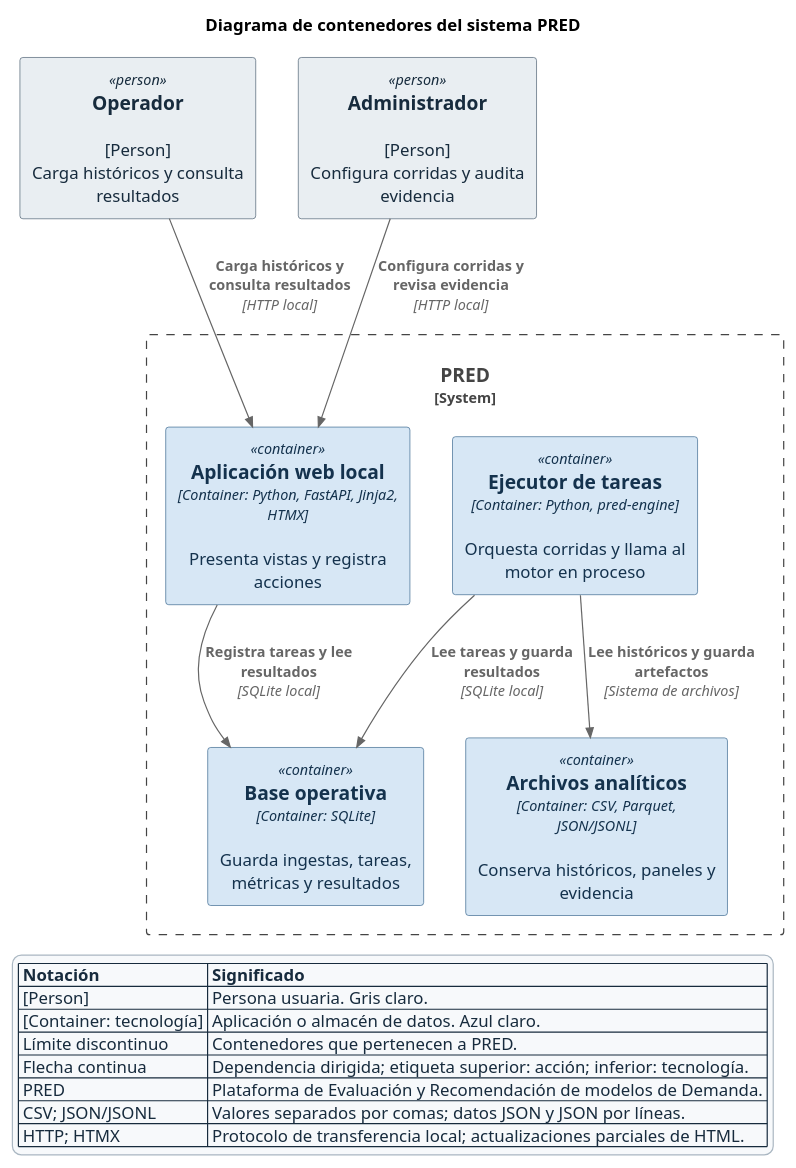
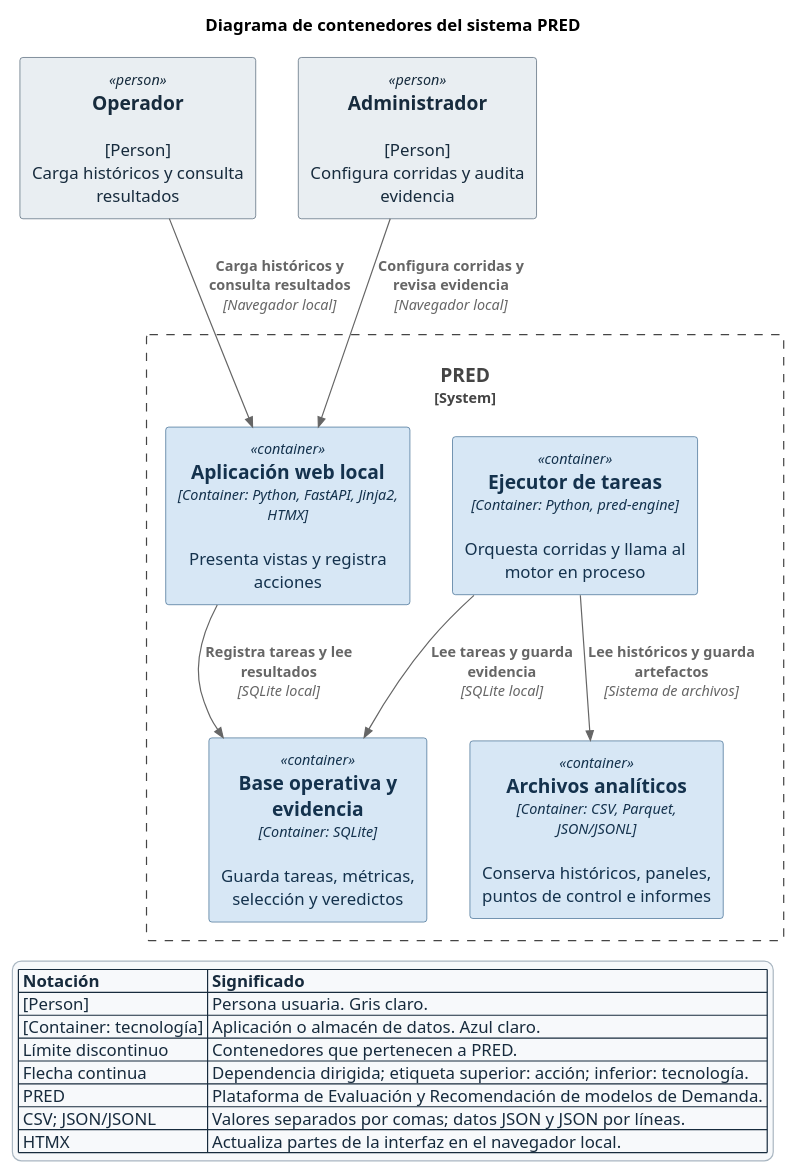
Before and after one commit to pred-javeriana/pred-docs: the diagram in memoria/tesis/img/architecture/diag_contenedores.puml, drawn with PlantUML. The commit also changed 7 other files, not shown here.

Commit message:
docs: Ampliar diagramas C4 al diseño objetivo

```diff
--- a/memoria/tesis/img/architecture/diag_contenedores.puml
+++ b/memoria/tesis/img/architecture/diag_contenedores.puml
@@ -1,43 +1,43 @@
 @startuml
 !include <c4/C4_Container>
 LAYOUT_TOP_DOWN()
 HIDE_PERSON_SPRITE()
 UpdateElementStyle("person", $bgColor="#e9eef2", $fontColor="#172b3d", $borderColor="#344a5e")
 UpdateElementStyle("container", $bgColor="#d7e7f5", $fontColor="#14324d", $borderColor="#225580")
 skinparam backgroundColor white
 skinparam shadowing false
 skinparam legendFontColor #172b3d
 skinparam legendFontSize 14
 skinparam legendBackgroundColor #f7f9fb
 skinparam legendBorderColor #aab7c2
 title Diagrama de contenedores del sistema PRED
 
 Person(operador, "Operador", "[Person]\nCarga históricos y consulta resultados")
 Person(administrador, "Administrador", "[Person]\nConfigura corridas y audita evidencia")
 System_Boundary(pred, "PRED") {
     Container(web, "Aplicación web local", "Container: Python, FastAPI, Jinja2, HTMX", "Presenta vistas y registra acciones")
     Container(ejecutor, "Ejecutor de tareas", "Container: Python, pred-engine", "Orquesta corridas y llama al motor en proceso")
-    Container(base, "Base operativa", "Container: SQLite", "Guarda ingestas, tareas, métricas y resultados")
-    Container(archivos, "Archivos analíticos", "Container: CSV, Parquet, JSON/JSONL", "Conserva históricos, paneles y evidencia")
+    Container(base, "Base operativa y evidencia", "Container: SQLite", "Guarda tareas, métricas, selección y veredictos")
+    Container(archivos, "Archivos analíticos", "Container: CSV, Parquet, JSON/JSONL", "Conserva históricos, paneles, puntos de control e informes")
 }
 
-Rel_D(operador, web, "Carga históricos y consulta resultados", "HTTP local")
-Rel_D(administrador, web, "Configura corridas y revisa evidencia", "HTTP local")
+Rel_D(operador, web, "Carga históricos y consulta resultados", "Navegador local")
+Rel_D(administrador, web, "Configura corridas y revisa evidencia", "Navegador local")
 Rel_D(web, base, "Registra tareas y lee resultados", "SQLite local")
-Rel_D(ejecutor, base, "Lee tareas y guarda resultados", "SQLite local")
+Rel_D(ejecutor, base, "Lee tareas y guarda evidencia", "SQLite local")
 Rel_D(ejecutor, archivos, "Lee históricos y guarda artefactos", "Sistema de archivos")
 Lay_R(operador, administrador)
 Lay_R(web, ejecutor)
 Lay_R(base, archivos)
 
 legend bottom
 |= Notación |= Significado |
 | [Person] | Persona usuaria. Gris claro. |
 | [Container: tecnología] | Aplicación o almacén de datos. Azul claro. |
 | Límite discontinuo | Contenedores que pertenecen a PRED. |
 | Flecha continua | Dependencia dirigida; etiqueta superior: acción; inferior: tecnología. |
 | PRED | Plataforma de Evaluación y Recomendación de modelos de Demanda. |
 | CSV; JSON/JSONL | Valores separados por comas; datos JSON y JSON por líneas. |
-| HTTP; HTMX | Protocolo de transferencia local; actualizaciones parciales de HTML. |
+| HTMX | Actualiza partes de la interfaz en el navegador local. |
 endlegend
 @enduml
```
